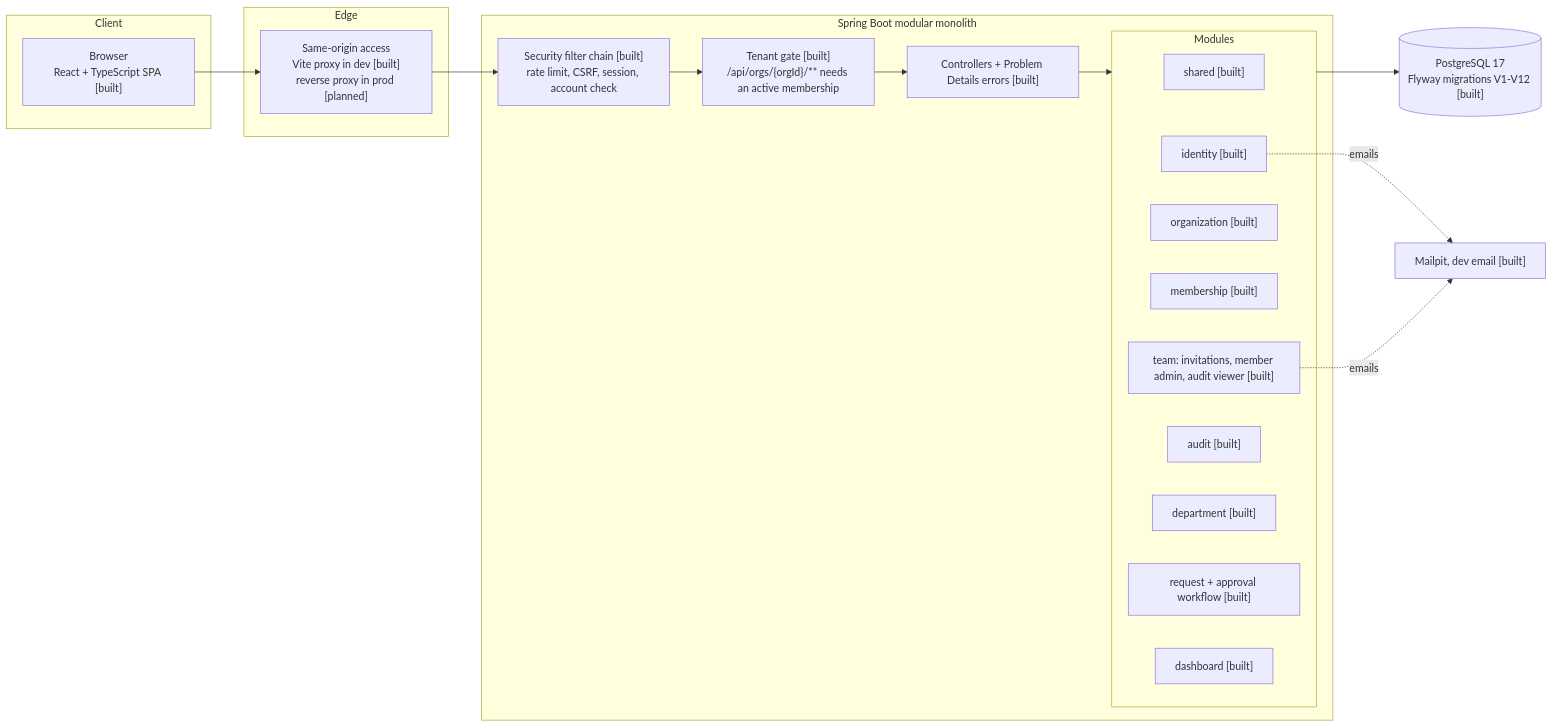
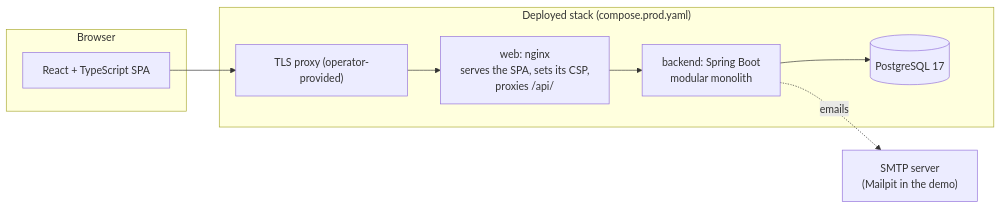
Before and after one commit to youssef-naj/nexus: the first of 2 diagrams in docs/architecture.md, drawn with Mermaid. The commit also changed other lines of this file and 19 other files, not shown here.

````diff
--- a/docs/architecture.md
+++ b/docs/architecture.md
@@ -9,32 +7,16 @@
 ```mermaid
 flowchart LR
-  subgraph Client
-    B["Browser<br/>React + TypeScript SPA [built]"]
-  end
-  subgraph Edge
-    P["Same-origin access<br/>Vite proxy in dev [built]<br/>reverse proxy in prod [planned]"]
-  end
-  subgraph App["Spring Boot modular monolith"]
-    SEC["Security filter chain [built]<br/>rate limit, CSRF, session, account check"]
-    GATE["Tenant gate [built]<br/>/api/orgs/{orgId}/** needs an active membership"]
-    API["Controllers + Problem Details errors [built]"]
-    subgraph Modules
-      SH["shared [built]"]
-      ID["identity [built]"]
-      ORG["organization [built]"]
-      MEM["membership [built]"]
-      TEAM["team: invitations, member admin, audit viewer [built]"]
-      AUD["audit [built]"]
-      DEP["department [built]"]
-      REQ["request + approval workflow [built]"]
-      DASH["dashboard [built]"]
+    subgraph Browser
+        SPA["React + TypeScript SPA"]
     end
-  end
-  DB[("PostgreSQL 17<br/>Flyway migrations V1-V12 [built]")]
-  MAIL["Mailpit, dev email [built]"]
+    subgraph Deployment["Deployed stack (compose.prod.yaml)"]
+        TLS["TLS proxy (operator-provided)"]
+        WEB["web: nginx<br/>serves the SPA, sets its CSP,<br/>proxies /api/"]
+        API["backend: Spring Boot<br/>modular monolith"]
+        DB[("PostgreSQL 17")]
+    end
+    MAIL["SMTP server<br/>(Mailpit in the demo)"]
 
-  B --> P --> SEC --> GATE --> API --> Modules
-  Modules --> DB
-  ID -. emails .-> MAIL
-  TEAM -. emails .-> MAIL
+    SPA --> TLS --> WEB --> API --> DB
+    API -. emails .-> MAIL
 ```
````
